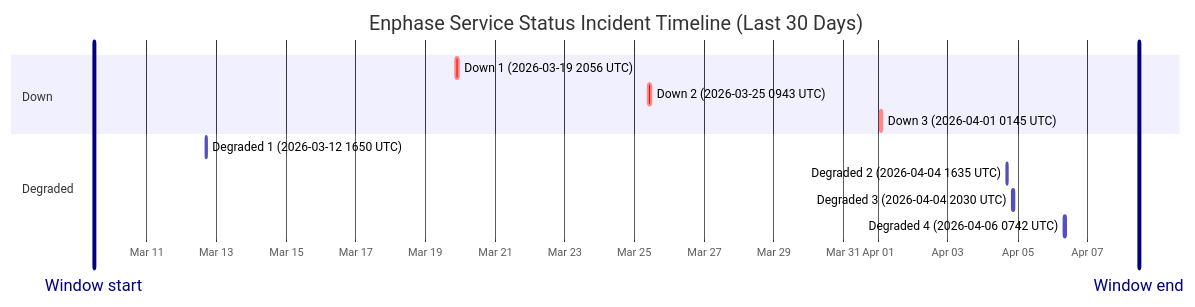
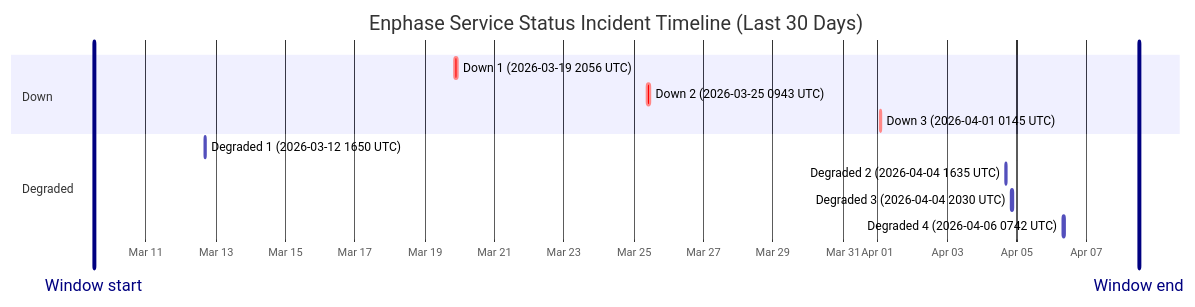
Before and after one commit to barneyonline/ha-enphase-ev-charger: the diagram in wiki/Service-Status-History.md, drawn with Mermaid. The commit also changed other lines of this file and 3 other files, not shown here.

````diff
--- a/wiki/Service-Status-History.md
+++ b/wiki/Service-Status-History.md
@@ -14,17 +14,17 @@
 ```mermaid
 gantt
     title Enphase Service Status Incident Timeline (Last 30 Days)
     dateFormat  YYYY-MM-DDTHH:mm:ss
     axisFormat  %b %d
-    Window start :vert, window-start, 2026-03-09T11:29:57, 0ms
-    Window end :vert, window-end, 2026-04-08T11:29:57, 0ms
+    Window start :vert, window-start, 2026-03-09T12:10:20, 0ms
+    Window end :vert, window-end, 2026-04-08T12:10:20, 0ms
     section Down
     Down 1 (2026-03-19 2056 UTC) :crit, down-1, 2026-03-19T20:56:20, 145m
     Down 2 (2026-03-25 0943 UTC) :crit, down-2, 2026-03-25T09:43:28, 111m
     Down 3 (2026-04-01 0145 UTC) :crit, down-3, 2026-04-01T01:45:09, 60m
     section Degraded
     Degraded 1 (2026-03-12 1650 UTC) :active, degraded-1, 2026-03-12T16:50:43, 60m
     Degraded 2 (2026-04-04 1635 UTC) :active, degraded-2, 2026-04-04T16:35:17, 60m
     Degraded 3 (2026-04-04 2030 UTC) :active, degraded-3, 2026-04-04T20:30:40, 60m
     Degraded 4 (2026-04-06 0742 UTC) :active, degraded-4, 2026-04-06T07:42:09, 85m
 ```
````
